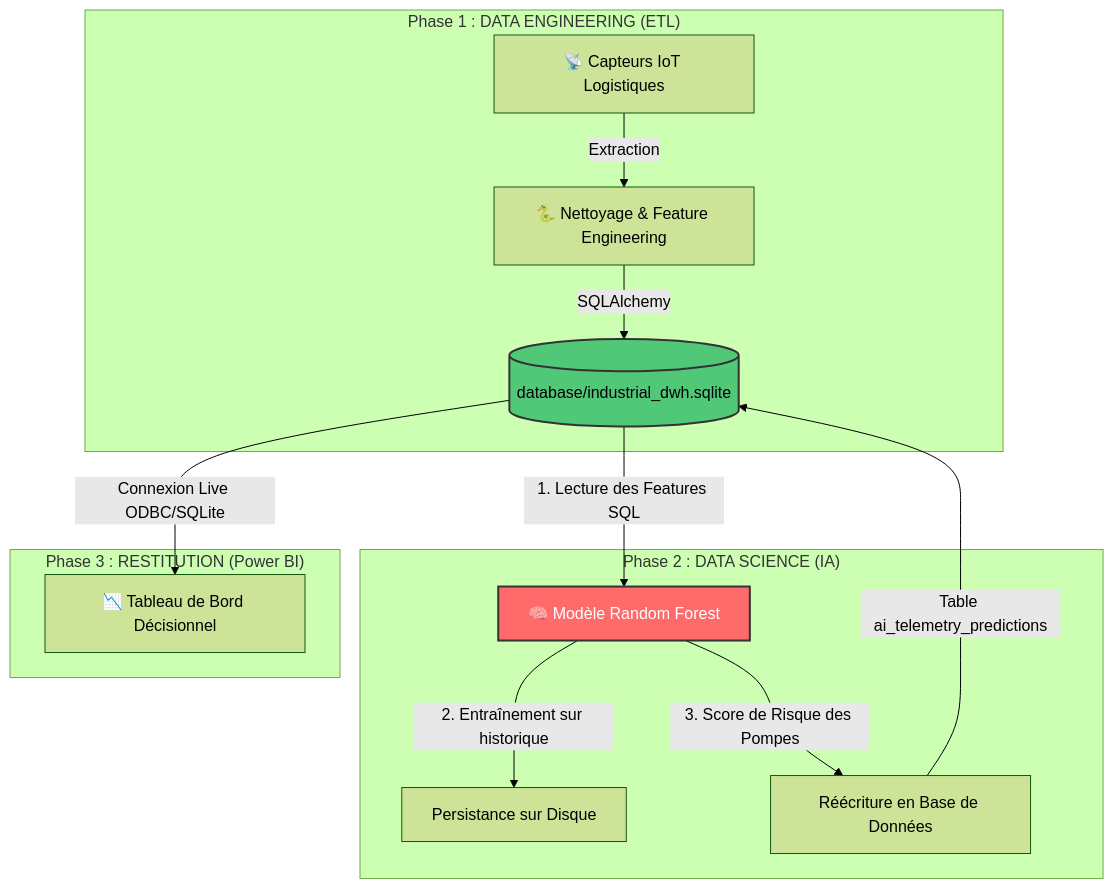
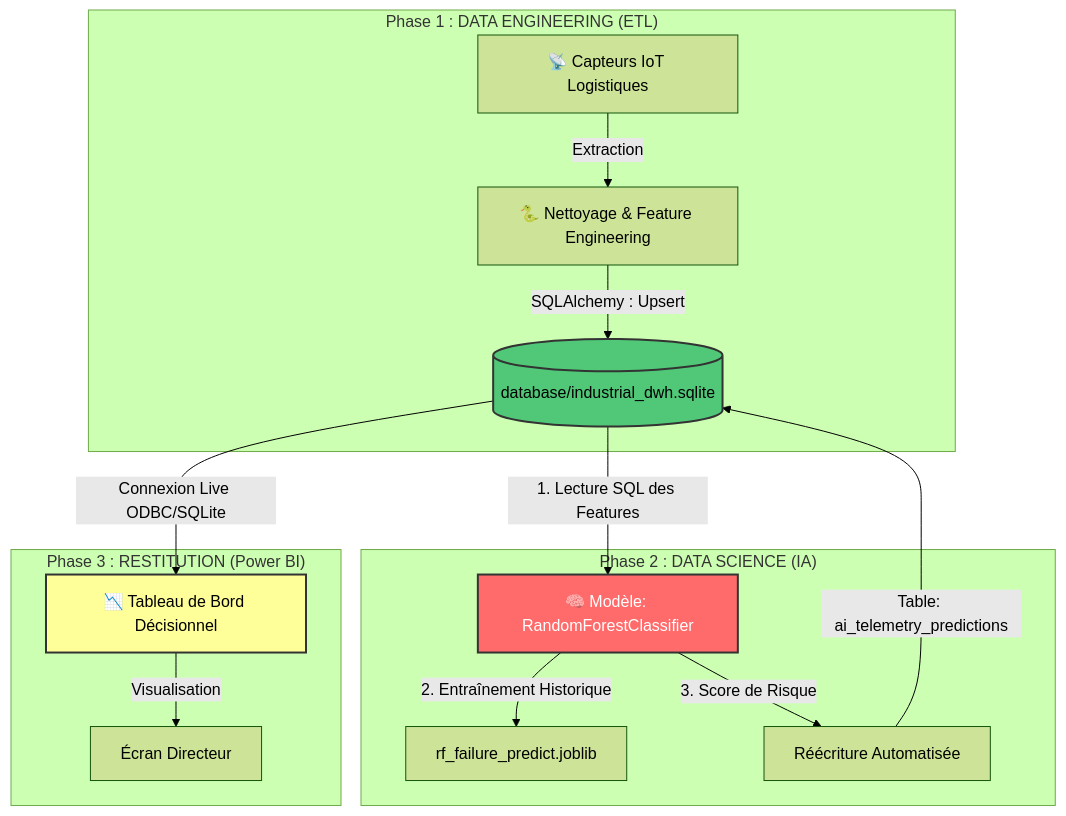
One commit to Lkb-2905/Camrail-Industrial-Data-Platform changed the diagram in README.md. Above: the diagram before and after it, drawn with Mermaid (forest theme). The commit also changed other lines of this file and 1 other file, not shown here.

````diff
--- a/README.md
+++ b/README.md
@@ -13,21 +51,23 @@
 ```mermaid
 graph TB
     subgraph "Phase 1 : DATA ENGINEERING (ETL)"
         A[📡 Capteurs IoT Logistiques] -->|Extraction| B[🐍 Nettoyage & Feature Engineering]
-        B -->|SQLAlchemy| C[(database/industrial_dwh.sqlite)]
+        B -->|SQLAlchemy : Upsert| C[(database/industrial_dwh.sqlite)]
     end
     
     subgraph "Phase 2 : DATA SCIENCE (IA)"
-        C -->|1. Lecture des Features SQL| D[🧠 Modèle Random Forest]
-        D -->|2. Entraînement sur historique| E[Persistance sur Disque]
-        D -->|3. Score de Risque des Pompes| F[Réécriture en Base de Données]
-        F -->|Table ai_telemetry_predictions| C
+        C -->|1. Lecture SQL des Features| D[🧠 Modèle: RandomForestClassifier]
+        D -->|2. Entraînement Historique| E[rf_failure_predict.joblib]
+        D -->|3. Score de Risque| F[Réécriture Automatisée]
+        F -->|Table: ai_telemetry_predictions| C
     end
     
     subgraph "Phase 3 : RESTITUTION (Power BI)"
         C -->|Connexion Live ODBC/SQLite| G[📉 Tableau de Bord Décisionnel]
+        G -->|Visualisation| H[Écran Directeur]
     end
     
     style C fill:#50C878,stroke:#333,stroke-width:2px,color:#000
     style D fill:#FF6B6B,stroke:#333,stroke-width:2px,color:#fff
+    style G fill:#ff9,stroke:#333,stroke-width:2px,color:#000
 ```
````
